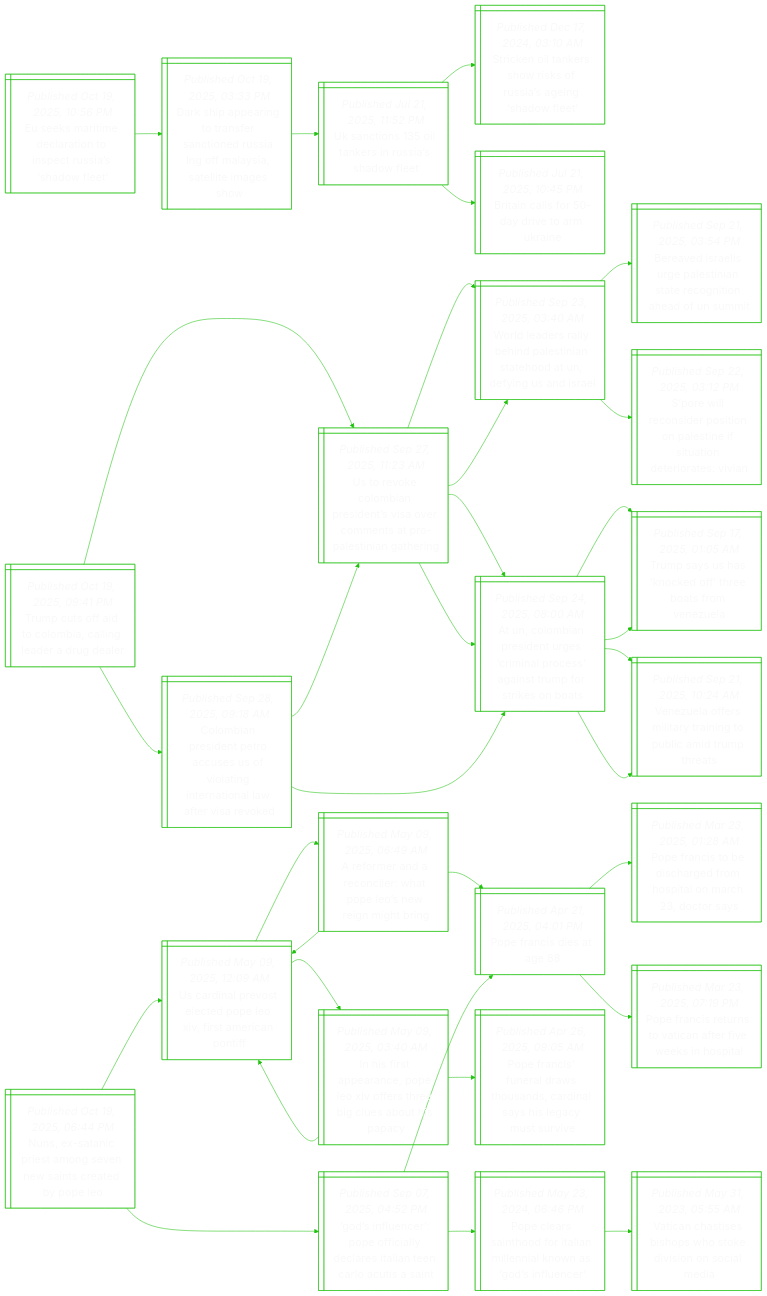
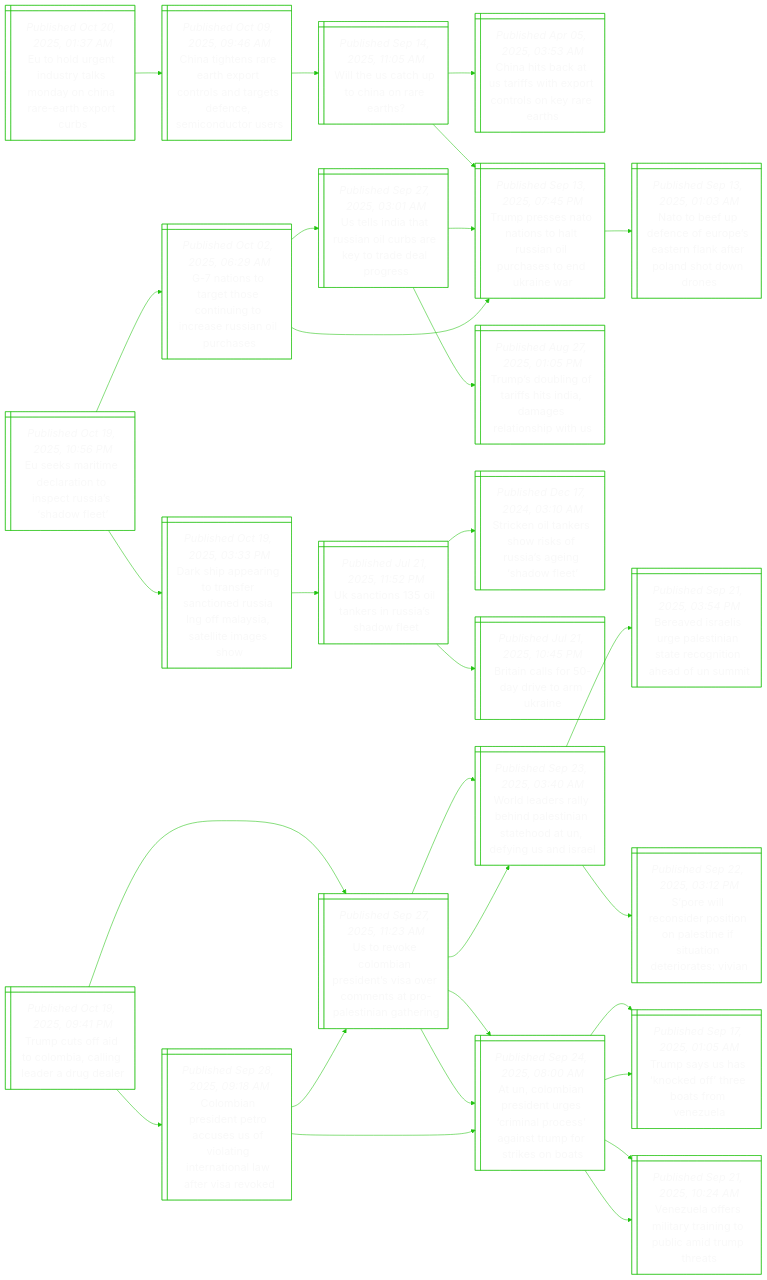
The diagram in README.md (notJmes/notJmes), drawn with Mermaid before and after one commit. The commit also changed other lines of this file, not shown here.

````diff
--- a/README.md
+++ b/README.md
@@ -16,8 +16,36 @@
 flowchart LR
 classDef txtsize font-size:20px;
 
+EognrkdCraxc@{ shape: win-pane, label: "_Published Oct 20, 2025, 01:37 AM_
+Eu to hold urgent industry talks monday on china rare-earth export curbs" }
+Ctertonsasnmdrs@{ shape: win-pane, label: "_Published Oct 09, 2025, 09:46 AM_
+China tightens rare earth export controls and targets defence, semiconductor users" }
+Whapira@{ shape: win-pane, label: "_Published Sep 14, 2025, 11:05 AM_
+Will the us catch up to china on rare earths?" }
+ChaUiipoleeh@{ shape: win-pane, label: "_Published Apr 05, 2025, 03:53 AM_
+China hits back at us tariffs with export controls on key rare earths" }
+Tpeoohunuserw@{ shape: win-pane, label: "_Published Sep 13, 2025, 07:45 PM_
+Trump presses nato nations to halt russian oil purchases to end ukraine war" }
+
+EognrkdCraxc:::txtsize --> Ctertonsasnmdrs:::txtsize
+Ctertonsasnmdrs:::txtsize --> Whapira:::txtsize
+Whapira:::txtsize --> ChaUiipoleeh:::txtsize
+Whapira:::txtsize --> Tpeoohunuserw:::txtsize
+
 EkidrnsRade@{ shape: win-pane, label: "_Published Oct 19, 2025, 10:56 PM_
 Eu seeks maritime declaration to inspect russia’s ‘shadow fleet’" }
+Gotteigceilh@{ shape: win-pane, label: "_Published Oct 02, 2025, 06:29 AM_
+G-7 nations to target those continuing to increase russian oil purchases" }
+Ulitilsereos@{ shape: win-pane, label: "_Published Sep 27, 2025, 03:01 AM_
+Us tells india that russian oil curbs are key to trade deal progress" }
+TslfftiaeopU@{ shape: win-pane, label: "_Published Aug 27, 2025, 01:05 PM_
+Trump’s doubling of tariffs hits india, damages relationship with us" }
+Tpeoohunuserw@{ shape: win-pane, label: "_Published Sep 13, 2025, 07:45 PM_
+Trump presses nato nations to halt russian oil purchases to end ukraine war" }
+Tpeoohunuserw@{ shape: win-pane, label: "_Published Sep 13, 2025, 07:45 PM_
+Trump presses nato nations to halt russian oil purchases to end ukraine war" }
+NouefpsfaPddr@{ shape: win-pane, label: "_Published Sep 13, 2025, 01:03 AM_
+Nato to beef up defence of europe’s eastern flank after poland shot down drones" }
 DhpnrecesGaieeew@{ shape: win-pane, label: "_Published Oct 19, 2025, 03:33 PM_
 Dark ship appearing to transfer sanctioned russia lng off malaysia, satellite images show" }
 Ucsassswt@{ shape: win-pane, label: "_Published Jul 21, 2025, 11:52 PM_
@@ -27,6 +55,12 @@
 Bildiar@{ shape: win-pane, label: "_Published Jul 21, 2025, 10:45 PM_
 Britain calls for 50-day drive to arm ukraine" }
 
+EkidrnsRade:::txtsize --> Gotteigceilh:::txtsize
+Gotteigceilh:::txtsize --> Ulitilsereos:::txtsize
+Ulitilsereos:::txtsize --> TslfftiaeopU:::txtsize
+Ulitilsereos:::txtsize --> Tpeoohunuserw:::txtsize
+Gotteigceilh:::txtsize --> Tpeoohunuserw:::txtsize
+Tpeoohunuserw:::txtsize --> NouefpsfaPddr:::txtsize
 EkidrnsRade:::txtsize --> DhpnrecesGaieeew:::txtsize
 DhpnrecesGaieeew:::txtsize --> Ucsassswt:::txtsize
 Ucsassswt:::txtsize --> Skleokusnde:::txtsize
@@ -78,47 +112,4 @@
 Aoienempsiroins:::txtsize --> TsSndhornl:::txtsize
 Aoienempsiroins:::txtsize --> Vufmaagbmur:::txtsize
 
-Nxnimeenebe@{ shape: win-pane, label: "_Published Oct 19, 2025, 06:44 PM_
-Nuns, ex-satanic priest among seven new saints created by pope leo" }
-UdPscooimat@{ shape: win-pane, label: "_Published May 09, 2025, 12:09 AM_
-Us cardinal prevost elected pope leo xiv, first american pontiff" }
-Arnclaenigi@{ shape: win-pane, label: "_Published May 09, 2025, 06:49 AM_
-A reformer and a reconciler: what pope leo’s new reign might bring" }
-Prsa@{ shape: win-pane, label: "_Published Apr 21, 2025, 04:01 PM_
-Pope francis dies at age 88" }
-UdPscooimat@{ shape: win-pane, label: "_Published May 09, 2025, 12:09 AM_
-Us cardinal prevost elected pope leo xiv, first american pontiff" }
-IfarPeoselbia@{ shape: win-pane, label: "_Published May 09, 2025, 03:40 AM_
-In his first appearance, pope leo xiv offers three big clues about his papacy" }
-UdPscooimat@{ shape: win-pane, label: "_Published May 09, 2025, 12:09 AM_
-Us cardinal prevost elected pope leo xiv, first american pontiff" }
-Prsraoddsiasv@{ shape: win-pane, label: "_Published Apr 26, 2025, 09:05 AM_
-Pope francis’ funeral draws thousands, cardinal says his legacy must survive" }
-Gnnoflcsielta@{ shape: win-pane, label: "_Published Sep 07, 2025, 04:52 PM_
-‘god’s influencer’: pope officially declares italian teen carlo acutis a saint" }
-Prsa@{ shape: win-pane, label: "_Published Apr 21, 2025, 04:01 PM_
-Pope francis dies at age 88" }
-Prsdafoaaos@{ shape: win-pane, label: "_Published Mar 23, 2025, 01:28 AM_
-Pope francis to be discharged from hospital on march 23, doctor says" }
-PrsrVaeessl@{ shape: win-pane, label: "_Published Mar 23, 2025, 07:19 PM_
-Pope francis returns to vatican after five weeks in hospital" }
-Plsholinnsie@{ shape: win-pane, label: "_Published May 23, 2024, 06:46 PM_
-Pope clears sainthood for italian millennial known as ‘god’s influencer’" }
-Vassooesnai@{ shape: win-pane, label: "_Published May 31, 2023, 05:55 AM_
-Vatican chastises bishops who stoke division on social media" }
-
-Nxnimeenebe:::txtsize --> UdPscooimat:::txtsize
-UdPscooimat:::txtsize --> Arnclaenigi:::txtsize
-Arnclaenigi:::txtsize --> Prsa:::txtsize
-Arnclaenigi:::txtsize --> UdPscooimat:::txtsize
-UdPscooimat:::txtsize --> IfarPeoselbia:::txtsize
-IfarPeoselbia:::txtsize --> UdPscooimat:::txtsize
-IfarPeoselbia:::txtsize --> Prsraoddsiasv:::txtsize
-Nxnimeenebe:::txtsize --> Gnnoflcsielta:::txtsize
-Gnnoflcsielta:::txtsize --> Prsa:::txtsize
-Prsa:::txtsize --> Prsdafoaaos:::txtsize
-Prsa:::txtsize --> PrsrVaeessl:::txtsize
-Gnnoflcsielta:::txtsize --> Plsholinnsie:::txtsize
-Plsholinnsie:::txtsize --> Vassooesnai:::txtsize
-
 ```
````
